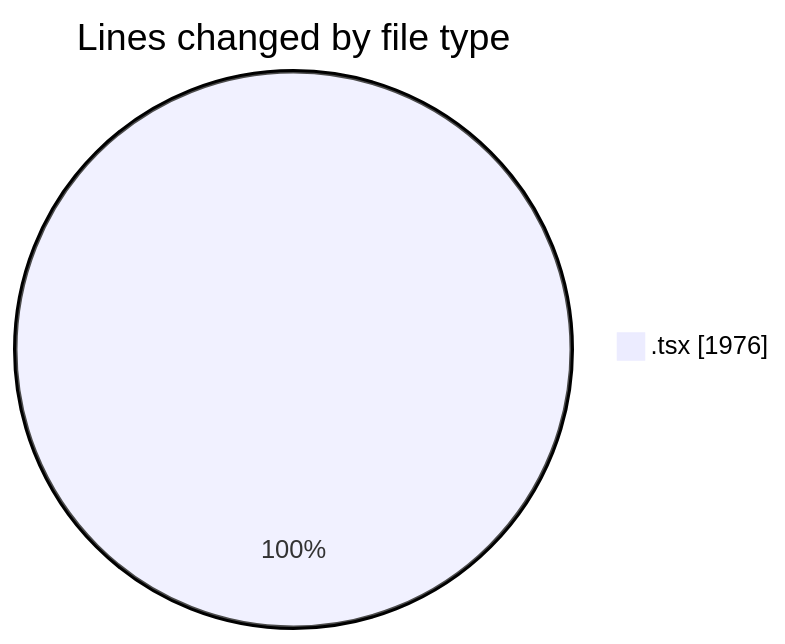
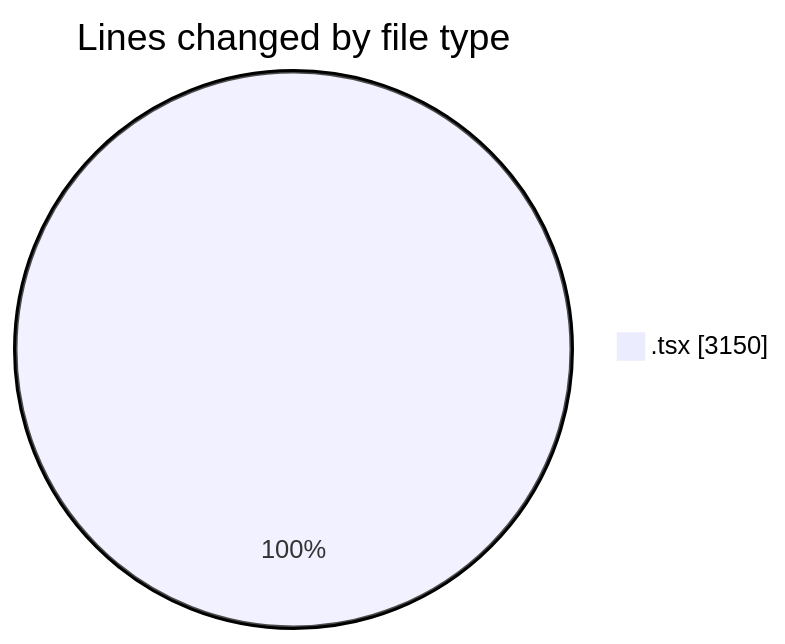
Before and after one commit to nxtqubesakshisongat/code-tracking: the first of 2 diagrams in 2026-04-05/nxtqube_webapp/README.md, drawn with Mermaid. The commit also changed other lines of this file and 1 other file, not shown here.

````diff
--- a/2026-04-05/nxtqube_webapp/README.md
+++ b/2026-04-05/nxtqube_webapp/README.md
@@ -22,5 +23,5 @@
 ```mermaid
 pie showData
 title Lines changed by file type
-".tsx" : 1976
+".tsx" : 3150
 ```
````
